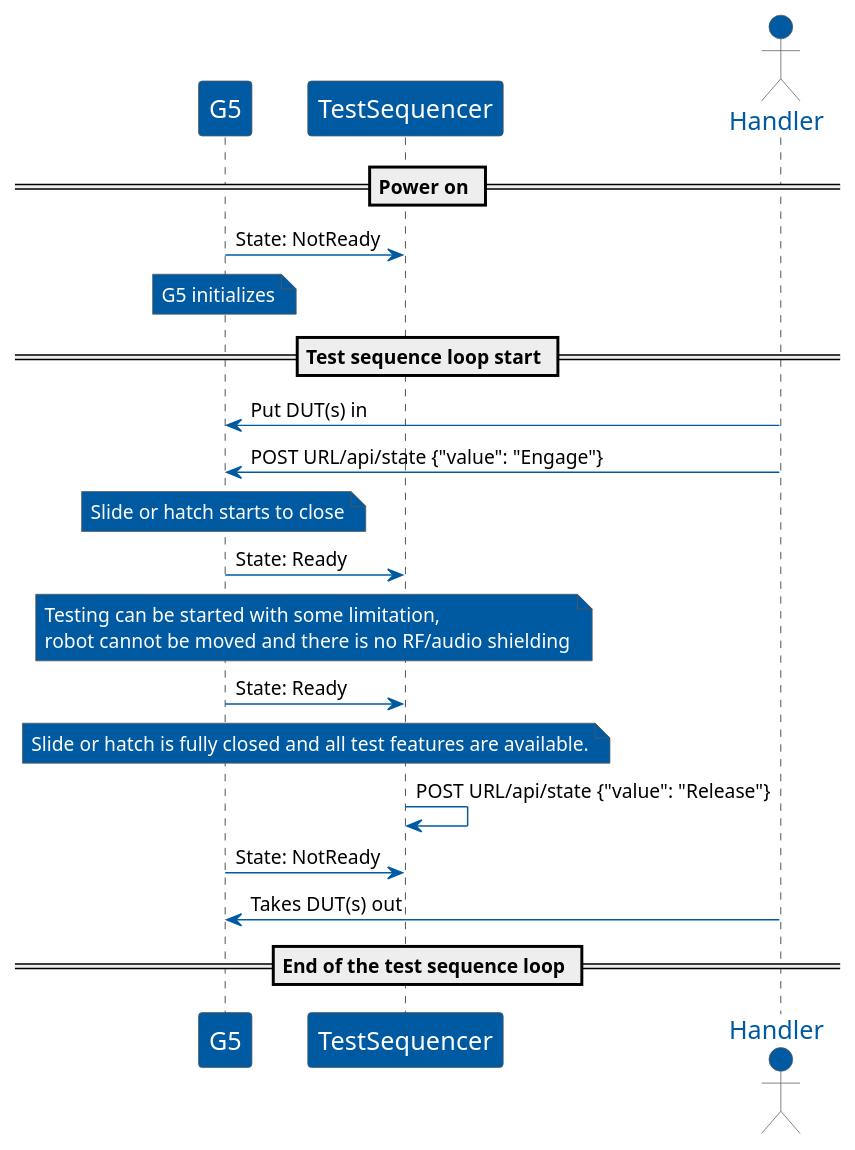
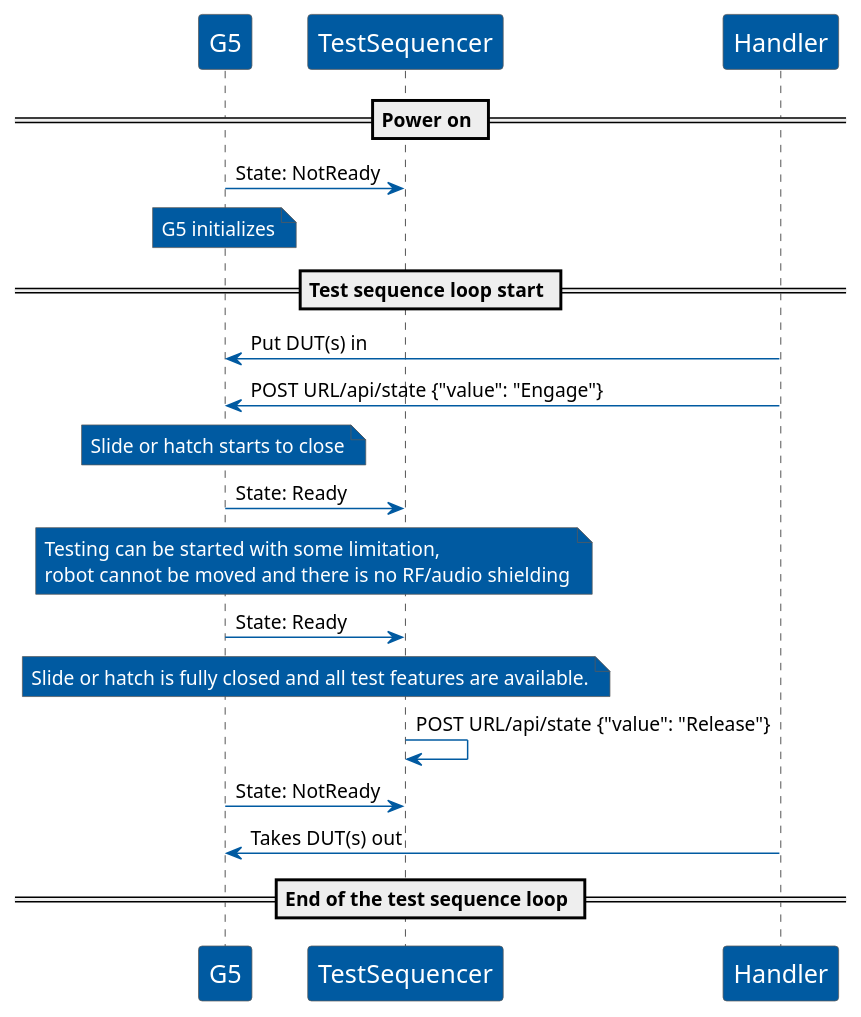
The diagram in pumls/G5_handler_sequence.puml (jotautomation/G5-Test-Sequencer-Docs), drawn with PlantUML before and after one commit. The commit also changed 3 other files, not shown here.

Commit message:
Add some M box diagrams

```diff
--- a/pumls/G5_handler_sequence.puml
+++ b/pumls/G5_handler_sequence.puml
@@ -1,65 +1,65 @@
 @startuml
 
 skinparam noteBorderColor #5a5a5a
 skinparam noteBackgroundColor #005aa1
 skinparam noteFontColor white
 
 
 skinparam sequence {
   ArrowColor #005aa1
   ParticipantBackgroundColor #005aa1
   ParticipantFontName Apex
   ParticipantFontSize 17
   ParticipantFontColor White
   ParticipantBorderColor #5a5a5a
 
   ActorBorderColor #5a5a5a
   ActorBackgroundColor #005aa1
   ActorFontColor #005aa1
   ActorFontSize 17
   ActorFontName Apex
 
 
 }
 
 
 participant G5
 participant TestSequencer
-actor Handler
+participant Handler
 
 == Power on ==
 
 G5 -> TestSequencer: State: NotReady
 note over G5: G5 initializes
 
 
 == Test sequence loop start ==
 
 Handler -> G5: Put DUT(s) in
 
 Handler -> G5: POST URL/api/state {"value": "Engage"}
 
 
 note over G5: Slide or hatch starts to close
 
 G5 -> TestSequencer: State: Ready
 
 note over TestSequencer, G5
 Testing can be started with some limitation,
 robot cannot be moved and there is no RF/audio shielding
 end note
 
 G5 -> TestSequencer: State: Ready
 
 note over TestSequencer, G5: Slide or hatch is fully closed and all test features are available.
 
 TestSequencer -> TestSequencer: POST URL/api/state {"value": "Release"}
 
 G5 -> TestSequencer: State: NotReady
 
 Handler -> G5: Takes DUT(s) out
 
 == End of the test sequence loop ==
 
 
 @enduml
```
